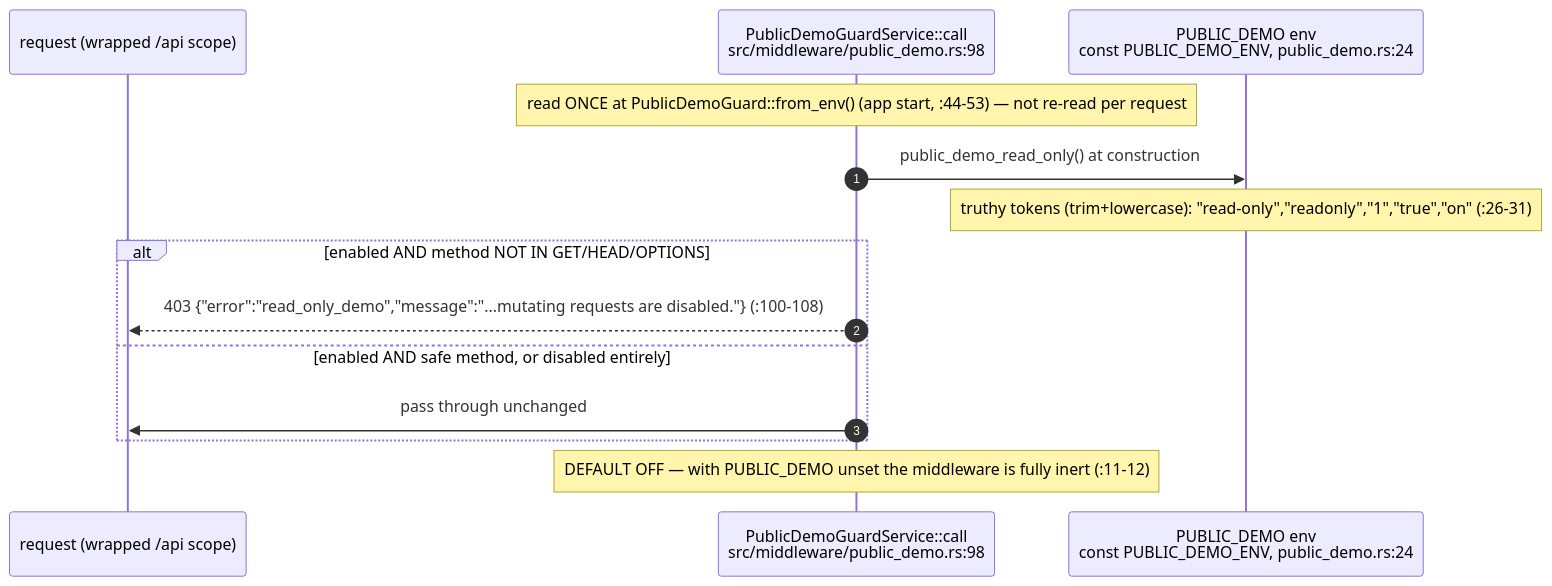
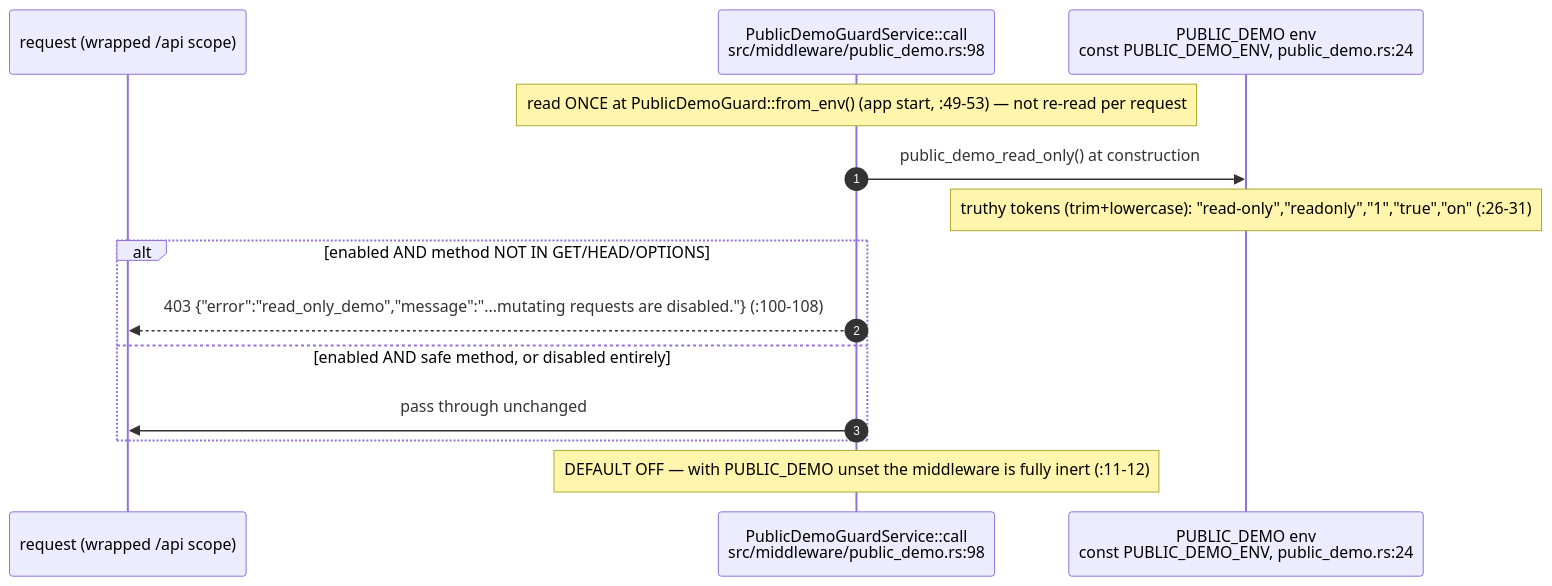
One commit to DreamLab-AI/VisionFlow changed the tenth of 16 diagrams in docs/diagrams/visionclaw/03-request-lifecycle-and-rbac.md. Above: the diagram before and after it, drawn with Mermaid. The commit also changed other lines of this file and 52 other files, not shown here.

First line of the commit message:
docs(diagrams): wave 3 checkpoint — bare line refs resolved, revision-pinned cite-check, VC-05/AB-01..13 re-attested

````diff
--- a/docs/diagrams/visionclaw/03-request-lifecycle-and-rbac.md
+++ b/docs/diagrams/visionclaw/03-request-lifecycle-and-rbac.md
@@ -434,17 +436,17 @@
 ```mermaid
 sequenceDiagram
     autonumber
     participant R as request (wrapped /api scope)
     participant PD as PublicDemoGuardService::call<br/>src/middleware/public_demo.rs:98
     participant ENV as PUBLIC_DEMO env<br/>const PUBLIC_DEMO_ENV, public_demo.rs:24
 
-    Note over PD: read ONCE at PublicDemoGuard::from_env() (app start, :44-53) — not re-read per request
+    Note over PD: read ONCE at PublicDemoGuard::from_env() (app start, :49-53) — not re-read per request
     PD->>ENV: public_demo_read_only() at construction
     Note over ENV: truthy tokens (trim+lowercase): "read-only","readonly","1","true","on" (:26-31)
     alt enabled AND method NOT IN GET/HEAD/OPTIONS
         PD-->>R: 403 {"error":"read_only_demo","message":"...mutating requests are disabled."} (:100-108)
     else enabled AND safe method, or disabled entirely
         PD->>R: pass through unchanged
     end
     Note over PD: DEFAULT OFF — with PUBLIC_DEMO unset the middleware is fully inert (:11-12)
 ```
````
